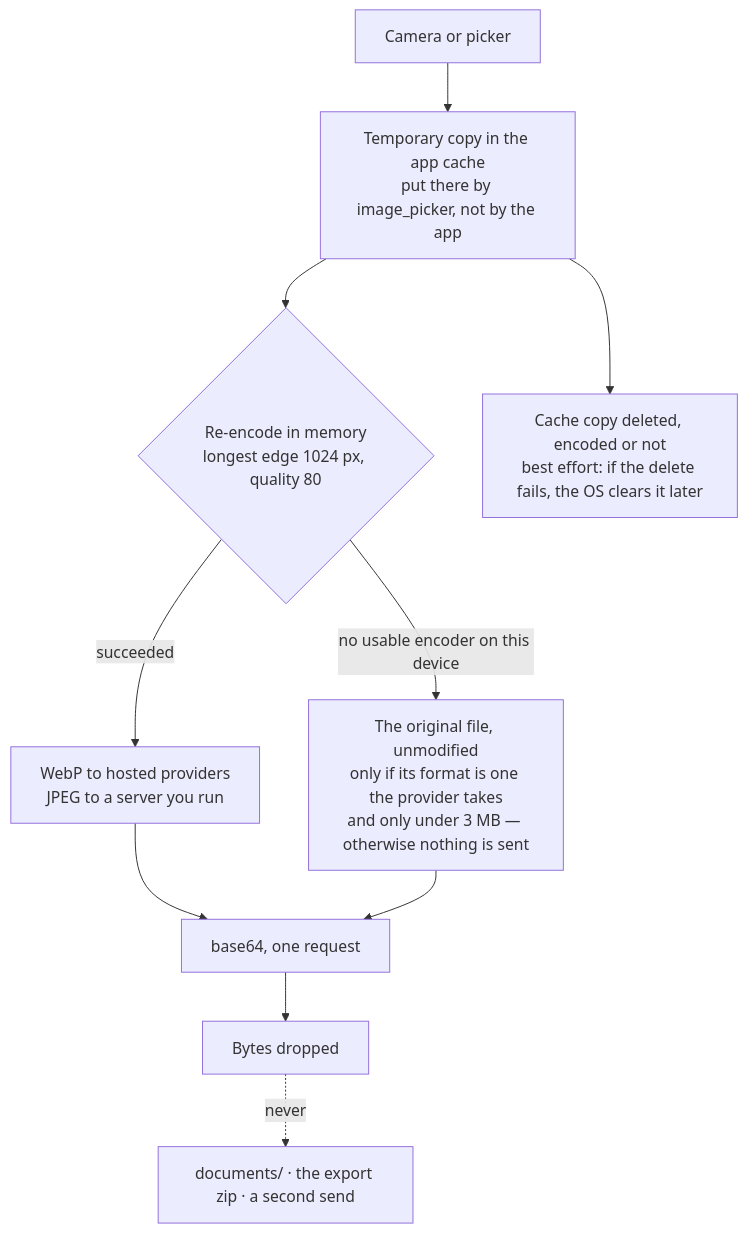
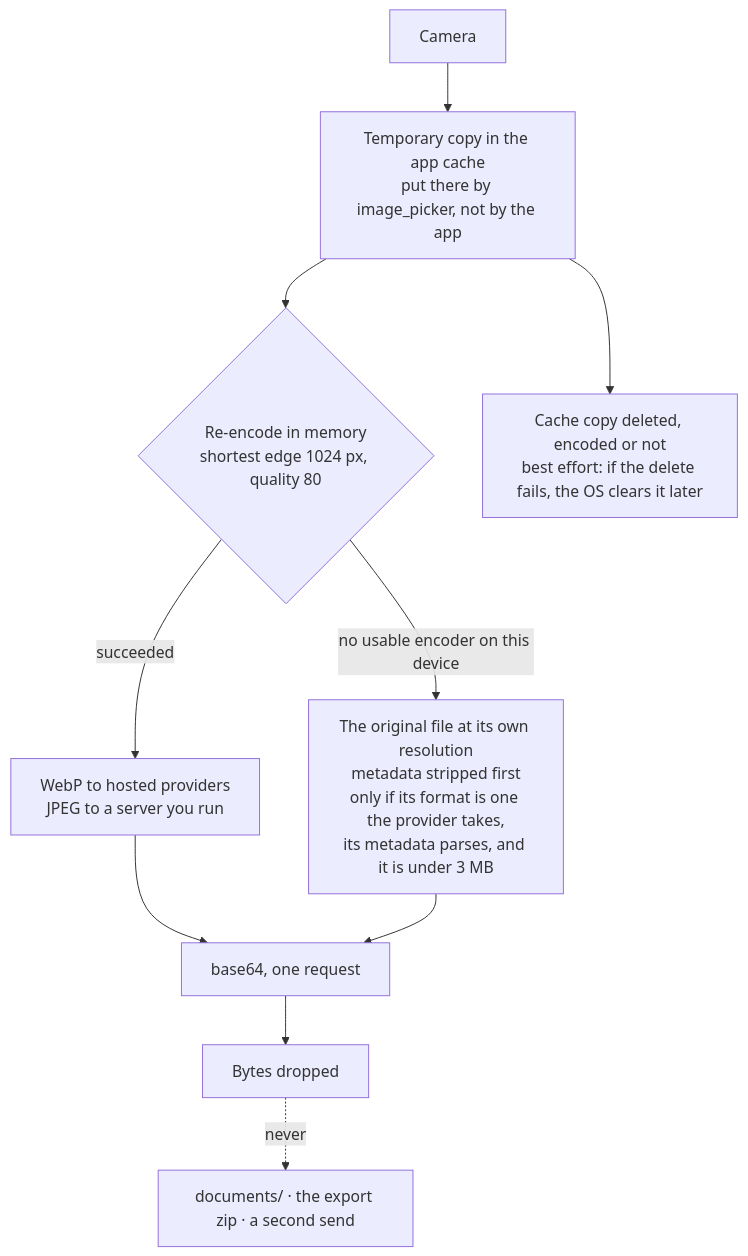
The second of 4 diagrams in docs/ai-architecture.md (simonoppowa/OpenNutriTracker), drawn with Mermaid before and after one commit. The commit also changed other lines of this file, not shown here.

````diff
--- a/docs/ai-architecture.md
+++ b/docs/ai-architecture.md
@@ -123,12 +131,12 @@
 ```mermaid
 flowchart TD
-    Cam["Camera or picker"] --> Cache["Temporary copy in the app cache<br/>put there by image_picker, not by the app"]
-    Cache --> Enc{"Re-encode in memory<br/>longest edge 1024 px, quality 80"}
+    Cam["Camera"] --> Cache["Temporary copy in the app cache<br/>put there by image_picker, not by the app"]
+    Cache --> Enc{"Re-encode in memory<br/>shortest edge 1024 px, quality 80"}
     Enc -->|"succeeded"| Out["WebP to hosted providers<br/>JPEG to a server you run"]
-    Enc -->|"no usable encoder on this device"| Raw["The original file, unmodified<br/>only if its format is one the provider takes<br/>and only under 3 MB — otherwise nothing is sent"]
+    Enc -->|"no usable encoder on this device"| Raw["The original file at its own resolution<br/>metadata stripped first<br/>only if its format is one the provider takes,<br/>its metadata parses, and it is under 3 MB"]
     Out --> Send["base64, one request"]
     Raw --> Send
     Cache --> Del["Cache copy deleted, encoded or not<br/>best effort: if the delete fails, the OS clears it later"]
     Send --> Gone["Bytes dropped"]
     Gone -. never .-> Never["documents/ · the export zip · a second send"]
 ```
````
